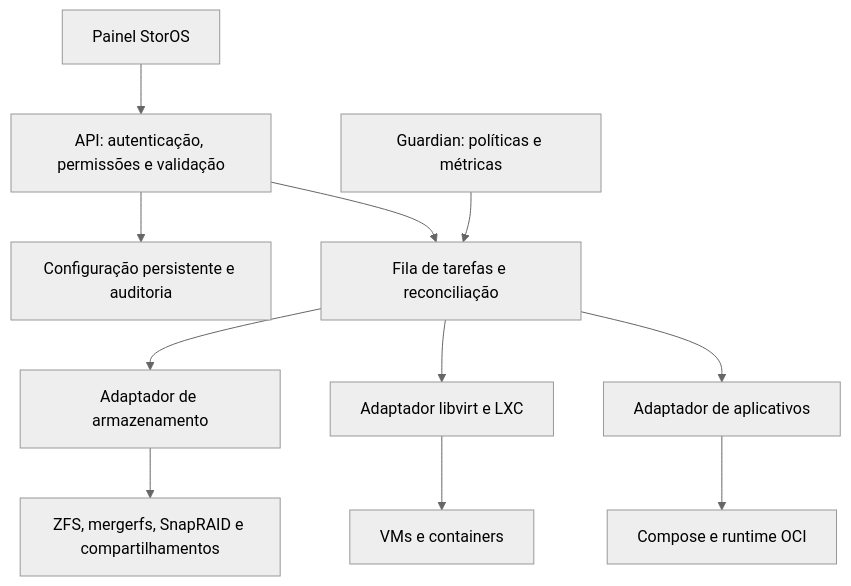
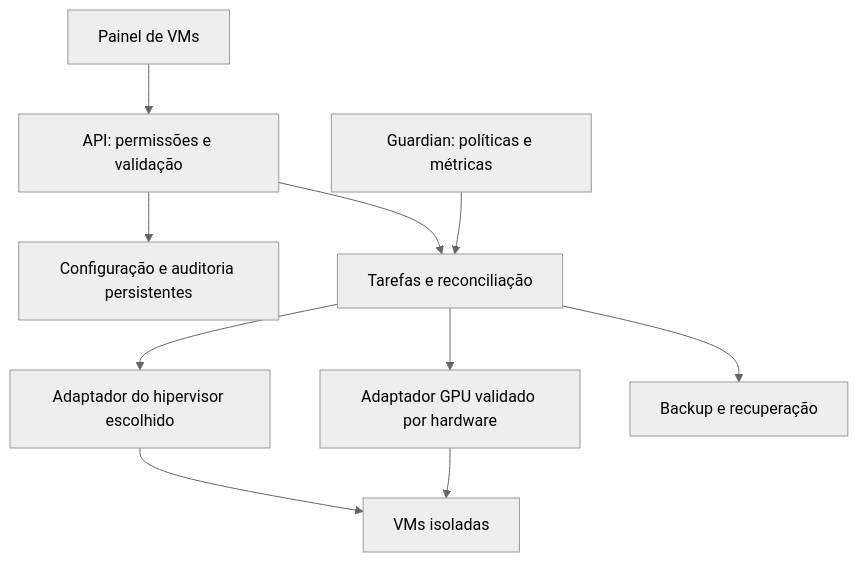
One commit to danilostorm/storos changed the diagram in docs/ARQUITETURA.md. Above: the diagram before and after it, drawn with Mermaid (neutral theme). The commit also changed other lines of this file and 9 other files, not shown here.

````diff
--- a/docs/ARQUITETURA.md
+++ b/docs/ARQUITETURA.md
@@ -13,13 +13,12 @@
 ```mermaid
 flowchart TD
-    UI["Painel StorOS"] --> API["API: autenticação, permissões e validação"]
-    API --> DB["Configuração persistente e auditoria"]
-    API --> JOBS["Fila de tarefas e reconciliação"]
-    JOBS --> STORAGE["Adaptador de armazenamento"]
-    JOBS --> COMPUTE["Adaptador libvirt e LXC"]
-    JOBS --> APPS["Adaptador de aplicativos"]
-    GUARD["Guardian: políticas e métricas"] --> JOBS
-    STORAGE --> DISKS["ZFS, mergerfs, SnapRAID e compartilhamentos"]
-    COMPUTE --> GUESTS["VMs e containers"]
-    APPS --> OCI["Compose e runtime OCI"]
+    UI["Painel de VMs"] --> API["API: permissões e validação"]
+    API --> DB["Configuração e auditoria persistentes"]
+    API --> JOBS["Tarefas e reconciliação"]
+    POLICY["Guardian: políticas e métricas"] --> JOBS
+    JOBS --> COMPUTE["Adaptador do hipervisor escolhido"]
+    JOBS --> GPU["Adaptador GPU validado por hardware"]
+    JOBS --> BACKUP["Backup e recuperação"]
+    COMPUTE --> VMS["VMs isoladas"]
+    GPU --> VMS
 ```
````
